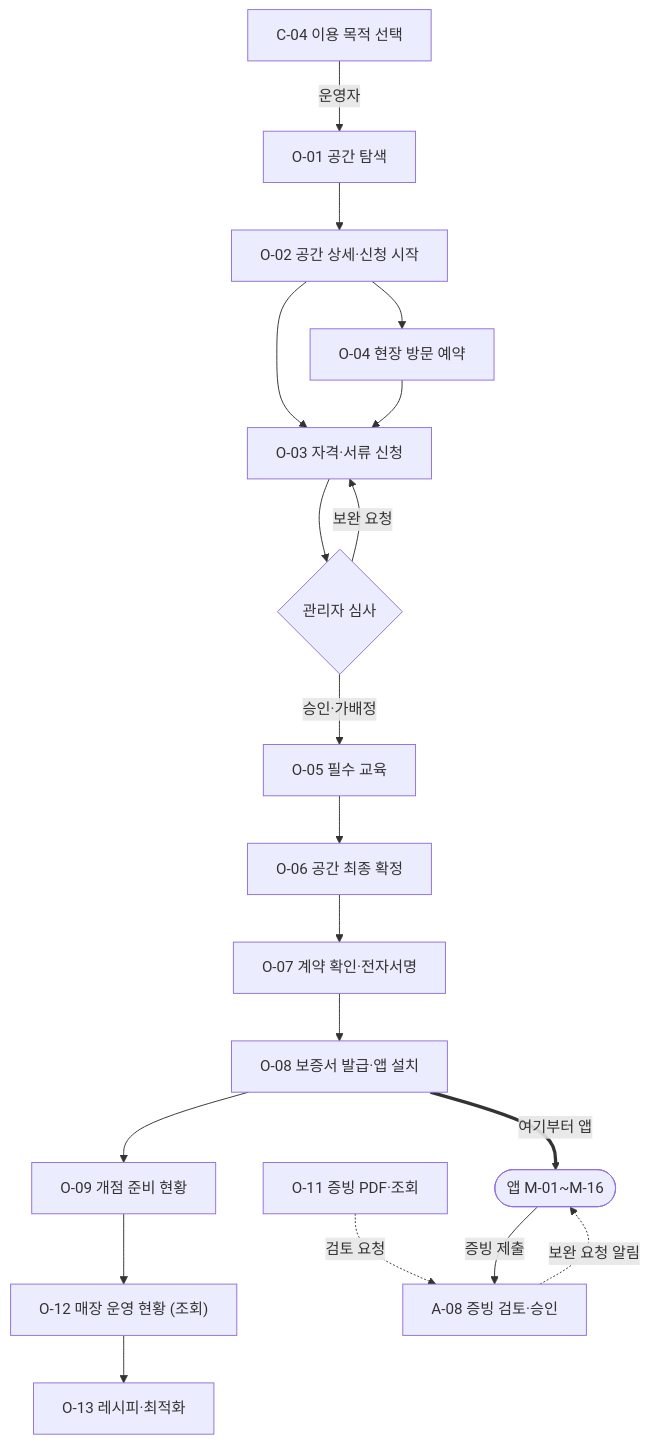
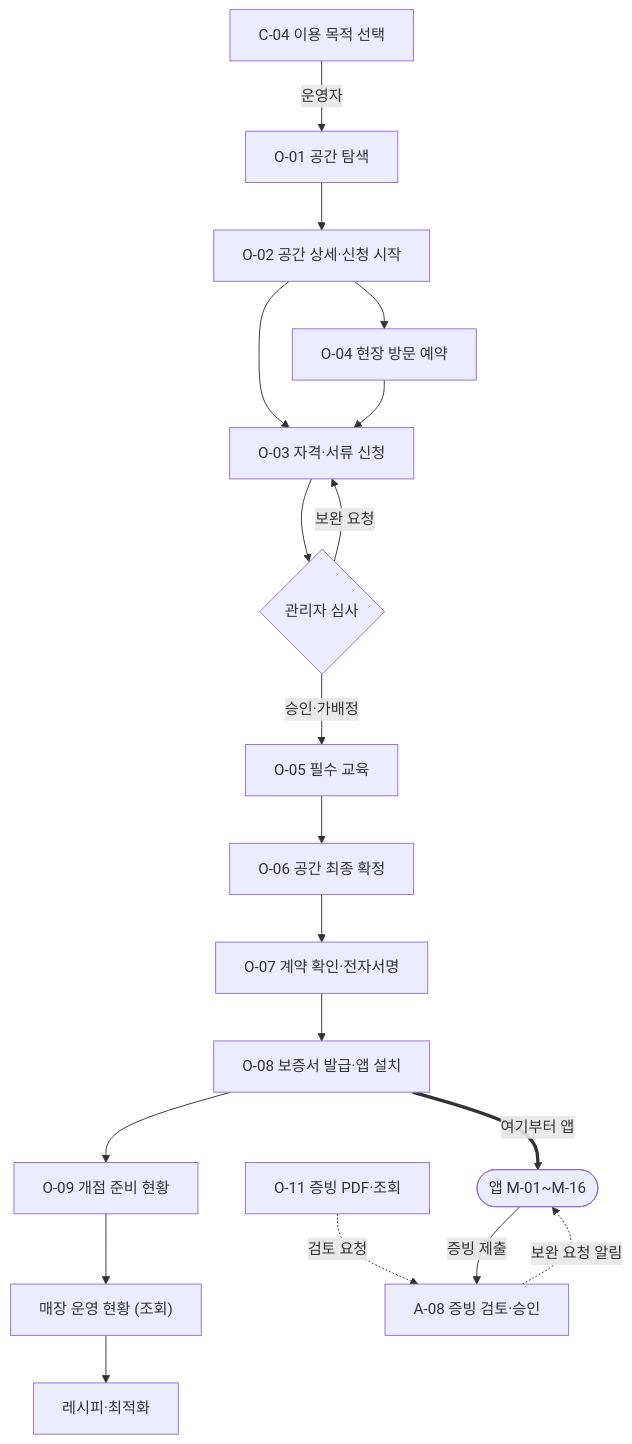
Before and after one commit to taejeong0416/farmfi: the third of 4 diagrams in docs/feature-spec.md, drawn with Mermaid. The commit also changed other lines of this file and 2 other files, not shown here.

````diff
--- a/docs/feature-spec.md
+++ b/docs/feature-spec.md
@@ -232,21 +263,21 @@
 ```mermaid
 flowchart TD
   C04["C-04 이용 목적 선택"] -->|운영자| O01["O-01 공간 탐색"]
   O01 --> O02["O-02 공간 상세·신청 시작"]
   O02 --> O04["O-04 현장 방문 예약"]
   O02 --> O03["O-03 자격·서류 신청"]
   O04 --> O03
   O03 --> Q1{"관리자 심사"}
   Q1 -->|보완 요청| O03
   Q1 -->|승인·가배정| O05["O-05 필수 교육"]
   O05 --> O06["O-06 공간 최종 확정"]
   O06 --> O07["O-07 계약 확인·전자서명"]
   O07 --> O08["O-08 보증서 발급·앱 설치"]
   O08 ==>|여기부터 앱| APP(["앱 M-01~M-16"])
   O08 --> O09["O-09 개점 준비 현황"]
-  O09 --> O12["O-12 매장 운영 현황 (조회)"]
-  O12 --> O13["O-13 레시피·최적화"]
+  O09 --> MON["매장 운영 현황 (조회)"]
+  MON --> OPT["레시피·최적화"]
   O11["O-11 증빙 PDF·조회"] -.->|검토 요청| A08["A-08 증빙 검토·승인"]
   APP -->|증빙 제출| A08
   A08 -.->|보완 요청 알림| APP
 ```
````
